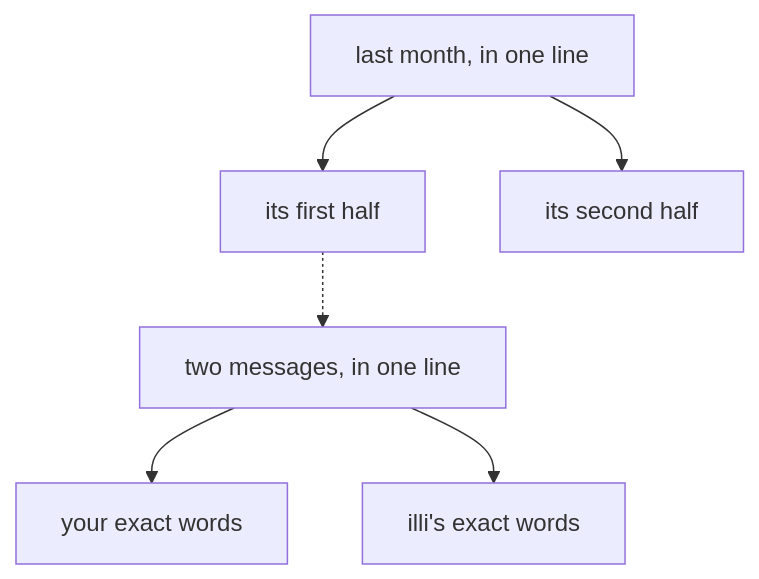
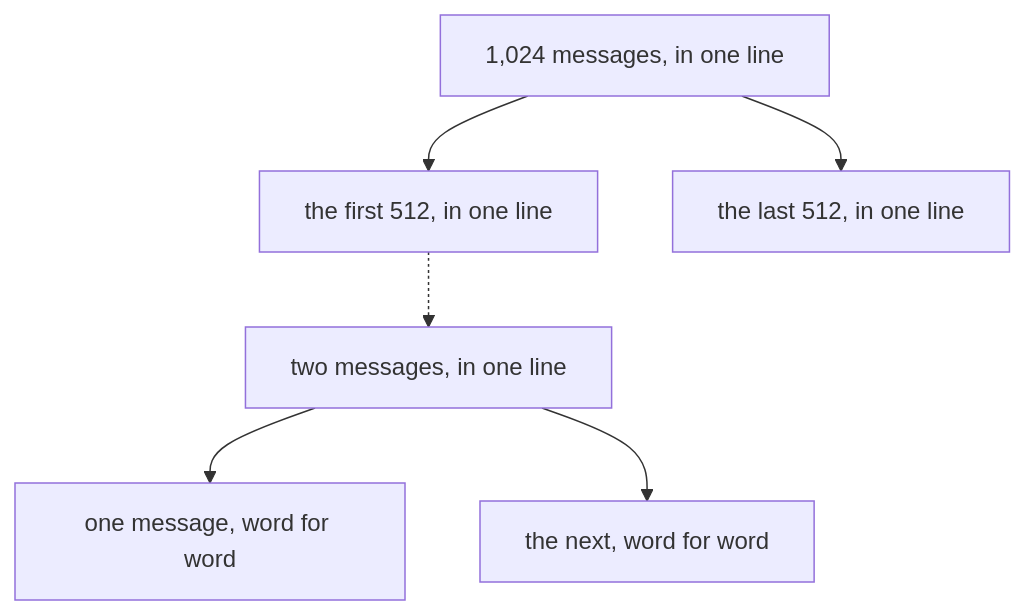
The diagram in README.md (4our4ace/illimitable-chat), drawn with Mermaid before and after one commit. The commit also changed other lines of this file, not shown here.

First line of the commit message:
The README draws the tree by message count and says only what is so

````diff
--- a/README.md
+++ b/README.md
@@ -45,6 +46,6 @@
 ```mermaid
 flowchart TD
-  T["last month, in one line"] --> H1["its first half"] & H2["its second half"]
+  T["1,024 messages, in one line"] --> H1["the first 512, in one line"] & H2["the last 512, in one line"]
   H1 -.-> P["two messages, in one line"]
-  P --> M1["your exact words"] & M2["illi's exact words"]
+  P --> M1["one message, word for word"] & M2["the next, word for word"]
 ```
````
